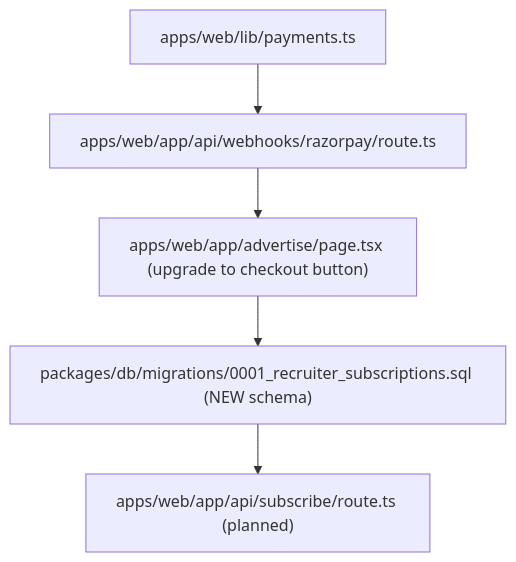
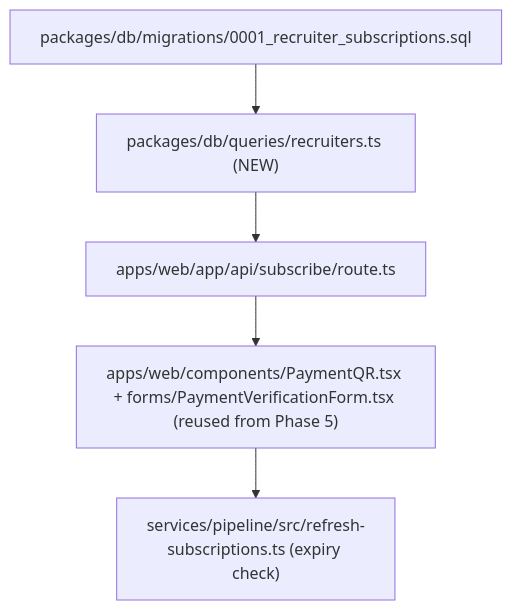
One commit to Pa04rth/startup_atlas changed the eighth of 11 diagrams in BUILD_PLAN.md. Above: the diagram before and after it, drawn with Mermaid. The commit also changed other lines of this file and 75 other files, not shown here.

````diff
--- a/BUILD_PLAN.md
+++ b/BUILD_PLAN.md
@@ -532,7 +837,7 @@
 ```mermaid
 flowchart TD
-    A["apps/web/lib/payments.ts"] --> B["apps/web/app/api/webhooks/razorpay/route.ts"]
-    B --> C["apps/web/app/advertise/page.tsx (upgrade to checkout button)"]
-    C --> D["packages/db/migrations/0001_recruiter_subscriptions.sql (NEW schema)"]
-    D --> E["apps/web/app/api/subscribe/route.ts (planned)"]
+    A["packages/db/migrations/0001_recruiter_subscriptions.sql"] --> B["packages/db/queries/recruiters.ts (NEW)"]
+    B --> C["apps/web/app/api/subscribe/route.ts"]
+    C --> D["apps/web/components/PaymentQR.tsx + forms/PaymentVerificationForm.tsx (reused from Phase 5)"]
+    D --> E["services/pipeline/src/refresh-subscriptions.ts (expiry check)"]
 ```
````
